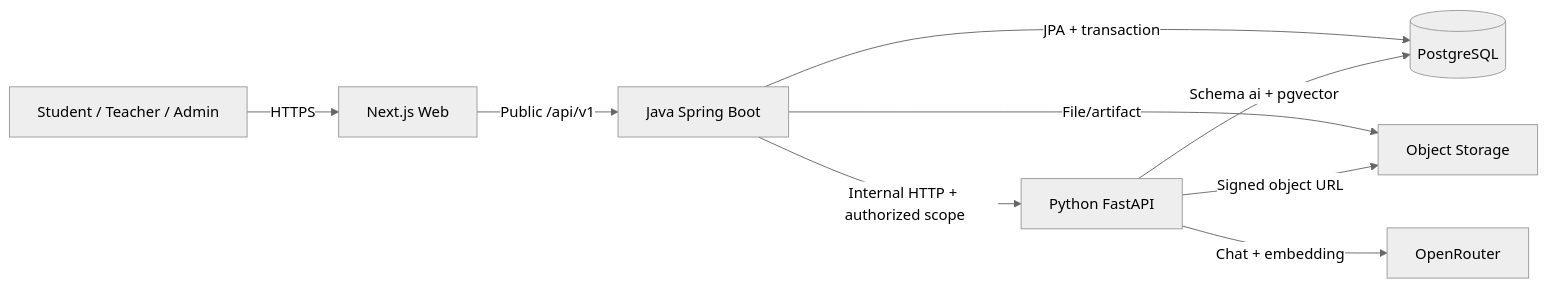
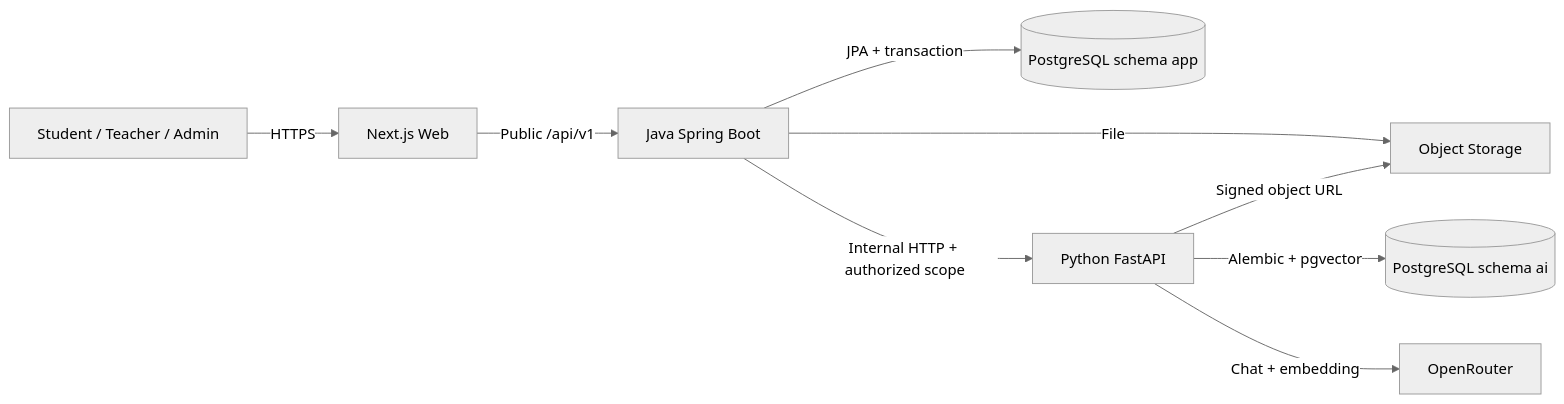
The diagram in docs/architecture.md (bch7504/DATN), drawn with Mermaid (neutral theme) before and after one commit. The commit also changed other lines of this file and 128 other files, not shown here.

Commit message:
feat: align StudyFlow with PDF AI assistant flow

````diff
--- a/docs/architecture.md
+++ b/docs/architecture.md
@@ -34,11 +22,11 @@
 ```mermaid
 flowchart LR
     U[Student / Teacher / Admin] -->|HTTPS| W[Next.js Web]
     W -->|Public /api/v1| J[Java Spring Boot]
-    J -->|JPA + transaction| P[(PostgreSQL)]
-    J -->|File/artifact| O[Object Storage]
+    J -->|JPA + transaction| P[(PostgreSQL schema app)]
+    J -->|File| O[Object Storage]
     J -->|Internal HTTP + authorized scope| A[Python FastAPI]
-    A -->|Schema ai + pgvector| P
+    A -->|Alembic + pgvector| V[(PostgreSQL schema ai)]
     A -->|Signed object URL| O
     A -->|Chat + embedding| M[OpenRouter]
 ```
````
